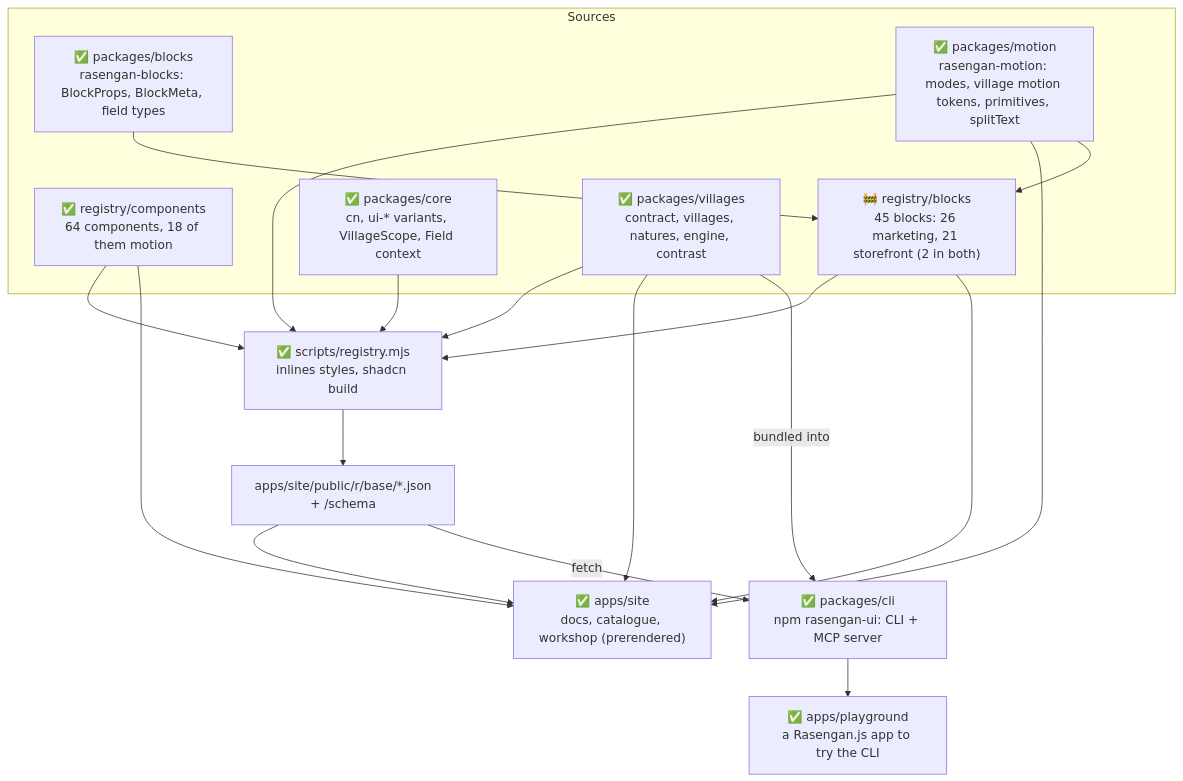
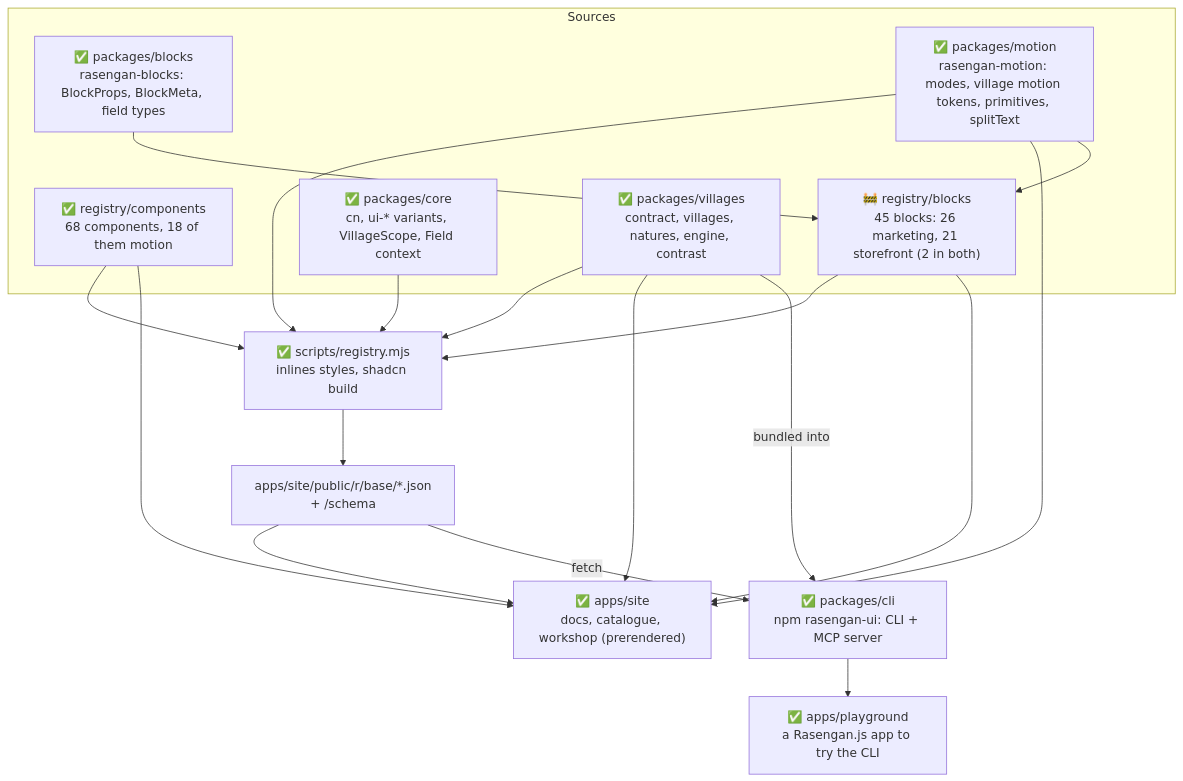
Before and after one commit to rasengan-dev/rasengan-ui: the second of 5 diagrams in docs/architecture.md, drawn with Mermaid. The commit also changed other lines of this file and 36 other files, not shown here.

````diff
--- a/docs/architecture.md
+++ b/docs/architecture.md
@@ -41,34 +41,34 @@
 ```mermaid
 flowchart TB
   subgraph source[Sources]
-    comps["✅ registry/components<br/>64 components, 18 of them motion"]
+    comps["✅ registry/components<br/>68 components, 18 of them motion"]
     blocks["🚧 registry/blocks<br/>45 blocks: 26 marketing, 21 storefront (2 in both)"]
     blockslib["✅ packages/blocks<br/>rasengan-blocks: BlockProps, BlockMeta, field types"]
     core["✅ packages/core<br/>cn, ui-* variants, VillageScope, Field context"]
     villages["✅ packages/villages<br/>contract, villages, natures, engine, contrast"]
     motion["✅ packages/motion<br/>rasengan-motion: modes, village motion tokens, primitives, splitText"]
   end
 
   build["✅ scripts/registry.mjs<br/>inlines styles, shadcn build"]
   public["apps/site/public/r/base/*.json<br/>+ /schema"]
   site["✅ apps/site<br/>docs, catalogue, workshop (prerendered)"]
   cli["✅ packages/cli<br/>npm rasengan-ui: CLI + MCP server"]
   play["✅ apps/playground<br/>a Rasengan.js app to try the CLI"]
 
   comps --> build
   core --> build
   villages --> build
   build --> public
   public --> site
   villages --> site
   comps --> site
   public -- fetch --> cli
   villages -- bundled into --> cli
   cli --> play
   motion --> build
   motion --> site
   motion --> blocks
   blockslib --> blocks
   blocks --> build
   blocks --> site
 ```
````
